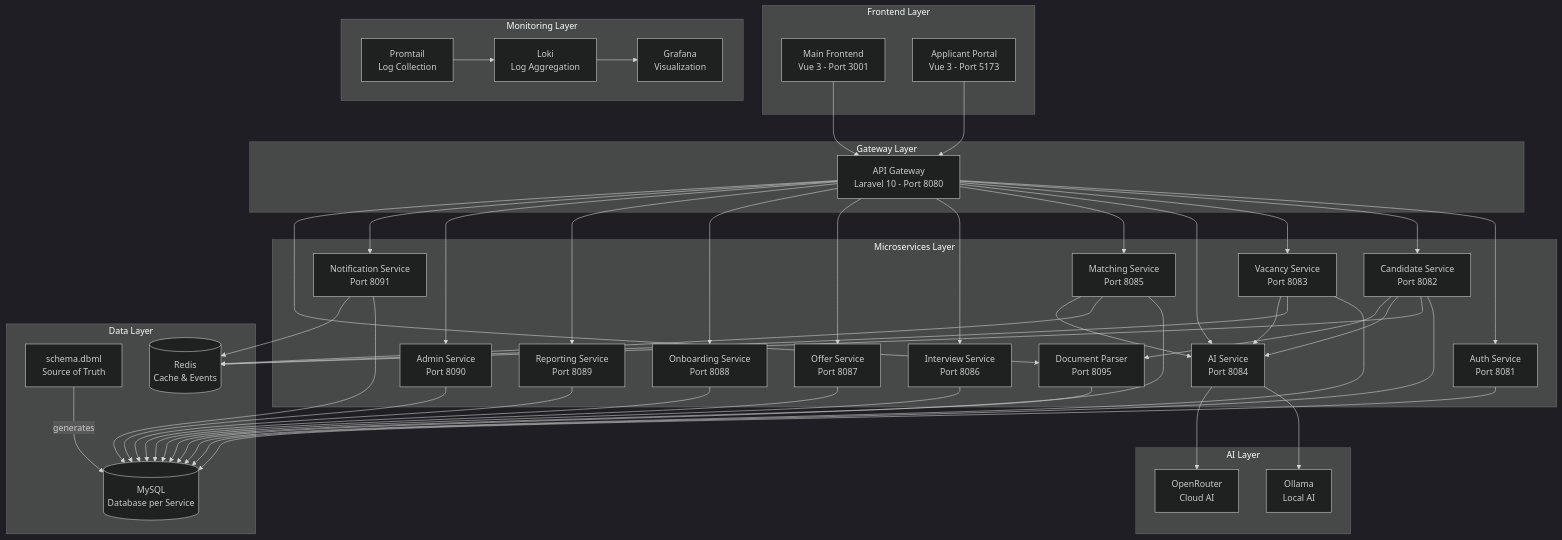
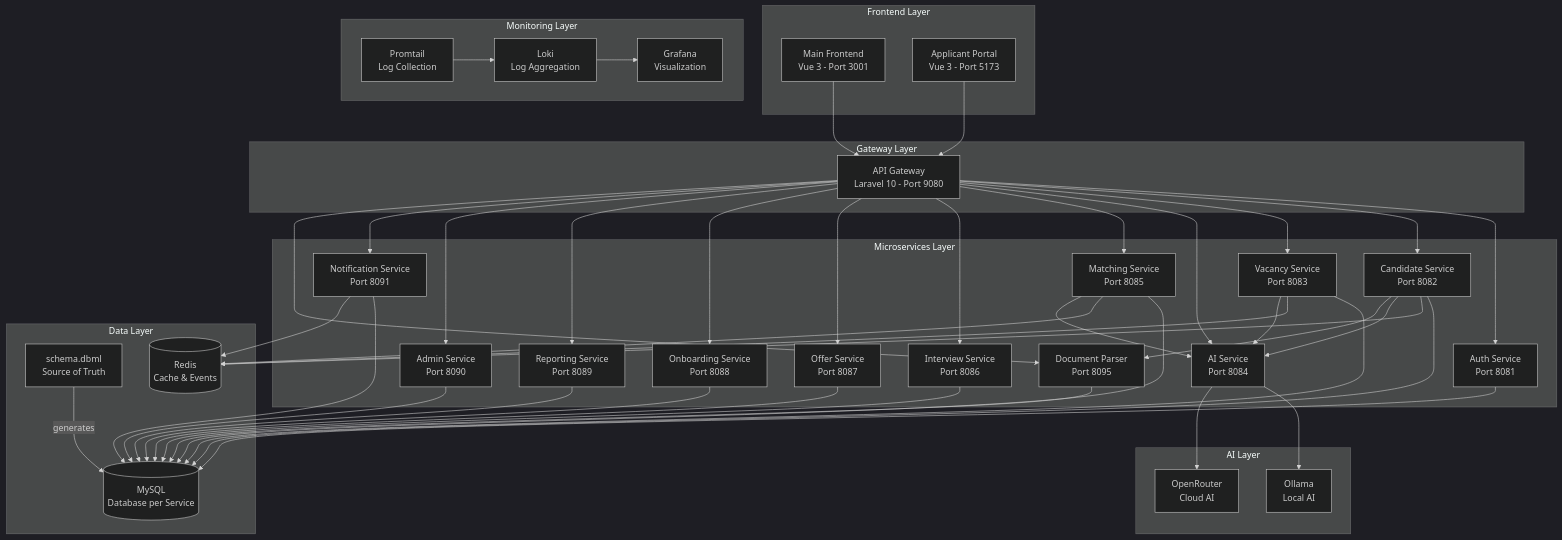
One commit to steelburn/candidacy changed the diagram in ARCHITECTURE.md. Above: the diagram before and after it, drawn with Mermaid (dark theme). The commit also changed 29 other files, not shown here.

```diff
--- a/ARCHITECTURE.md
+++ b/ARCHITECTURE.md
@@ -16,7 +16,7 @@
     end
     
     subgraph "Gateway Layer"
-        GW[API Gateway<br/>Laravel 10 - Port 8080]
+        GW[API Gateway<br/>Laravel 10 - Port 9080]
     end
     
     subgraph "Microservices Layer"
```
